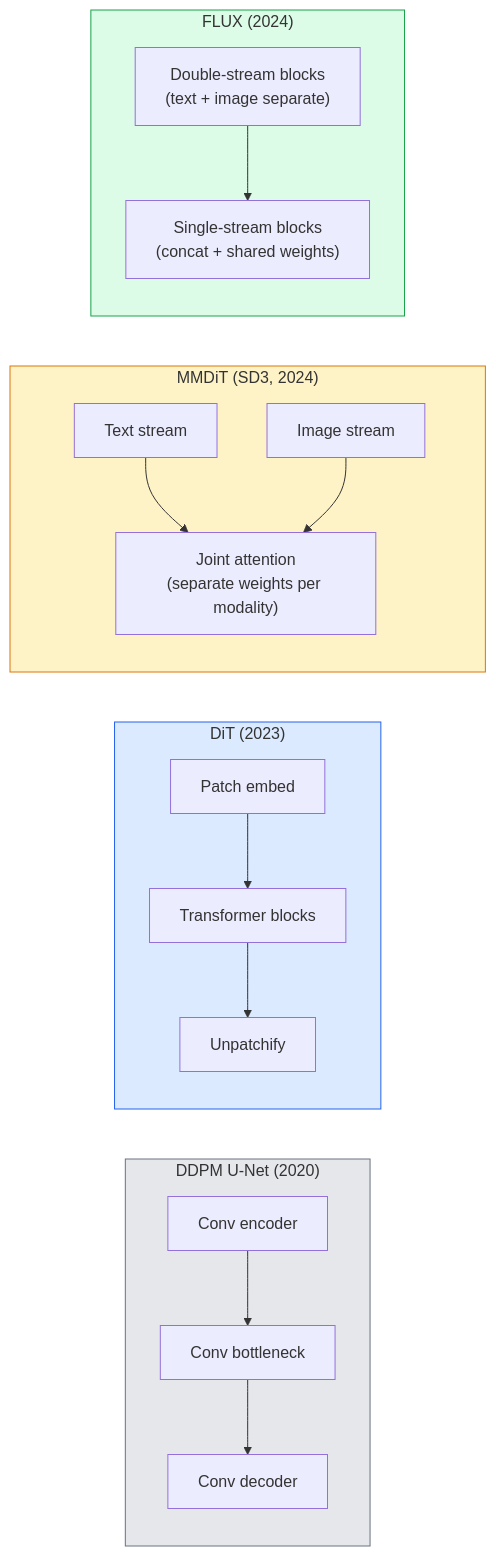
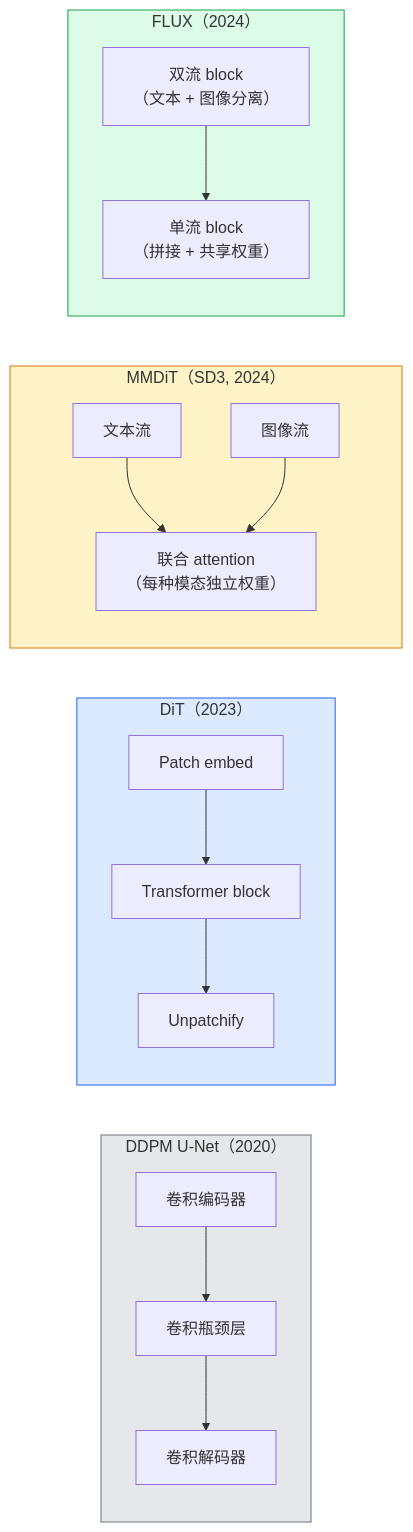
One commit to JerryC8080/ai-engineering-from-scratch-zh changed the diagram in phases/04-computer-vision/23-diffusion-transformers-rectified-flow/docs/zh.md. Above: the diagram before and after it, drawn with Mermaid. The commit also changed 156 other files, not shown here.

First line of the commit message:
i18n(zh): translate mermaid diagram labels in 157 lesson zh.md

````diff
--- a/phases/04-computer-vision/23-diffusion-transformers-rectified-flow/docs/zh.md
+++ b/phases/04-computer-vision/23-diffusion-transformers-rectified-flow/docs/zh.md
@@ -31,21 +31,21 @@
 ```mermaid
 flowchart LR
-    subgraph UNET["DDPM U-Net (2020)"]
-        U1["Conv encoder"] --> U2["Conv bottleneck"] --> U3["Conv decoder"]
+    subgraph UNET["DDPM U-Net（2020）"]
+        U1["卷积编码器"] --> U2["卷积瓶颈层"] --> U3["卷积解码器"]
     end
-    subgraph DIT["DiT (2023)"]
-        D1["Patch embed"] --> D2["Transformer blocks"] --> D3["Unpatchify"]
+    subgraph DIT["DiT（2023）"]
+        D1["Patch embed"] --> D2["Transformer block"] --> D3["Unpatchify"]
     end
-    subgraph MMDIT["MMDiT (SD3, 2024)"]
-        M1["Text stream"] --> M3["Joint attention<br/>(separate weights per modality)"]
-        M2["Image stream"] --> M3
+    subgraph MMDIT["MMDiT（SD3, 2024）"]
+        M1["文本流"] --> M3["联合 attention<br/>（每种模态独立权重）"]
+        M2["图像流"] --> M3
     end
-    subgraph FLUX["FLUX (2024)"]
-        F1["Double-stream blocks<br/>(text + image separate)"] --> F2["Single-stream blocks<br/>(concat + shared weights)"]
+    subgraph FLUX["FLUX（2024）"]
+        F1["双流 block<br/>（文本 + 图像分离）"] --> F2["单流 block<br/>（拼接 + 共享权重）"]
     end
 
     style UNET fill:#e5e7eb,stroke:#6b7280
     style DIT fill:#dbeafe,stroke:#2563eb
     style MMDIT fill:#fef3c7,stroke:#d97706
     style FLUX fill:#dcfce7,stroke:#16a34a
 ```
````
